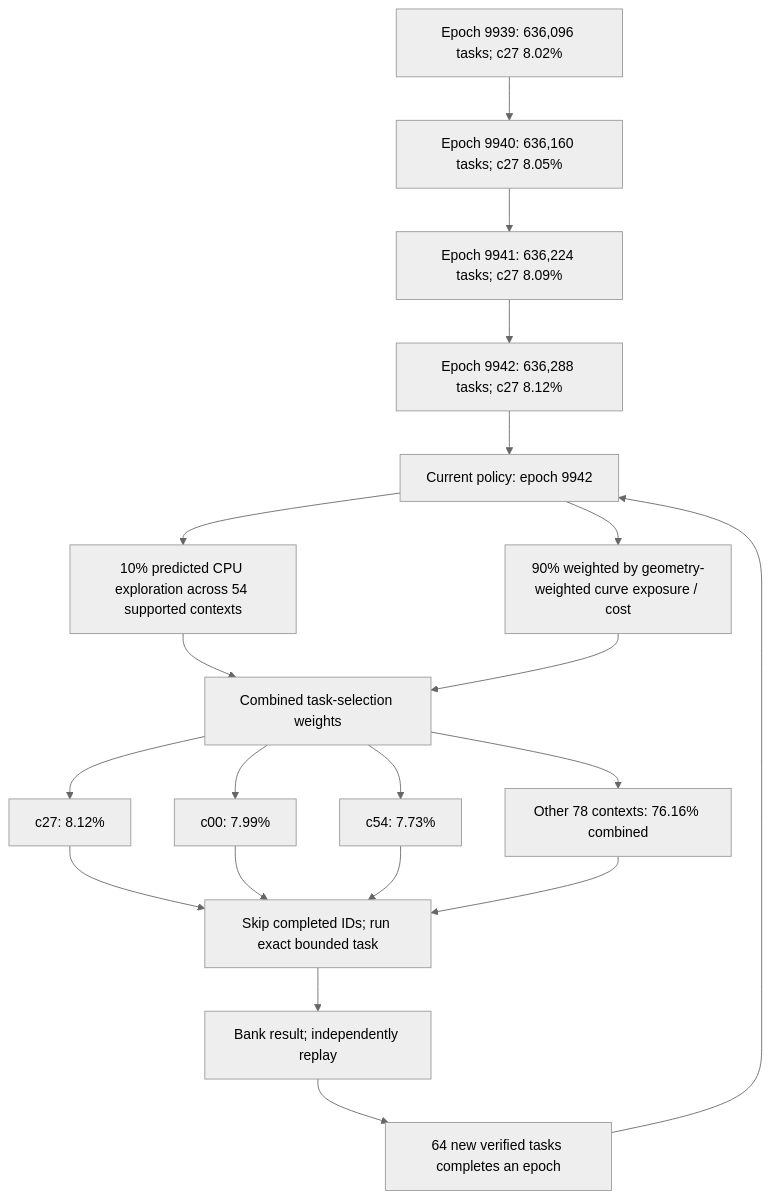
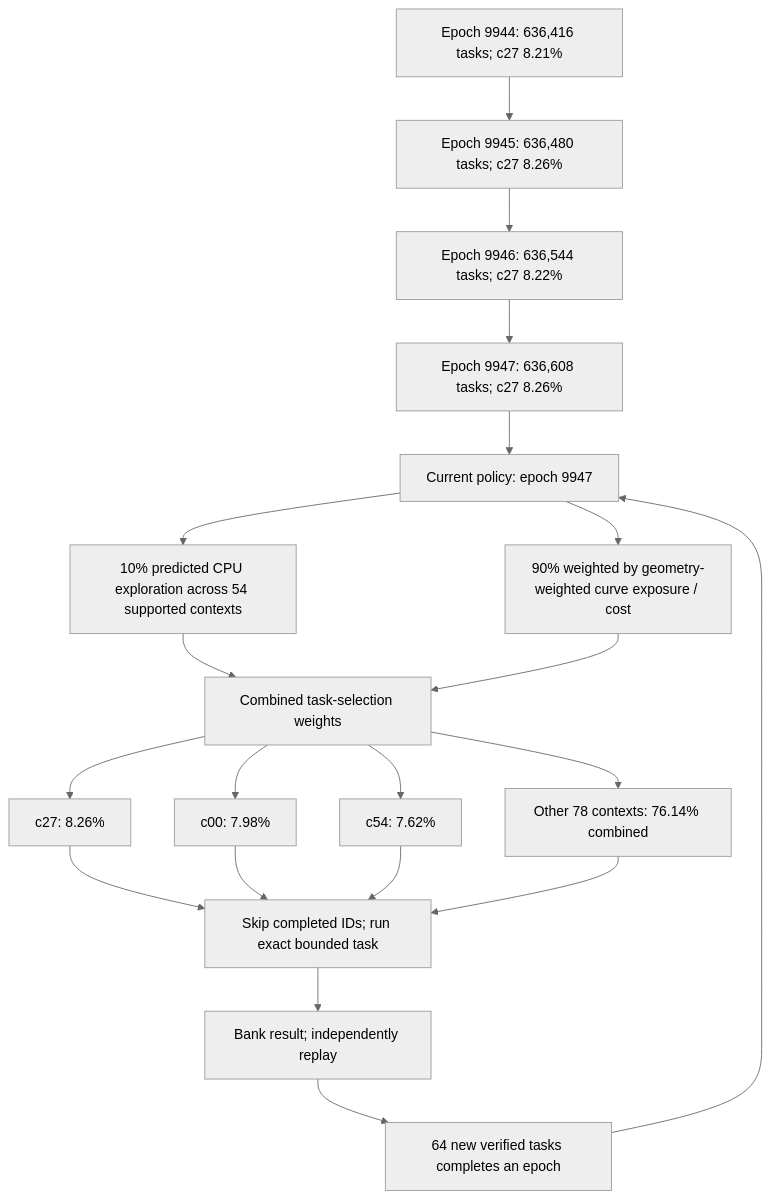
Before and after one commit to Kuberwastaken/math-gambling: the first of 4 diagrams in README.md, drawn with Mermaid (neutral theme). The commit also changed other lines of this file and 750 other files, not shown here.

````diff
--- a/README.md
+++ b/README.md
@@ -60,27 +60,27 @@
 ```mermaid
 flowchart TD
-    H0["Epoch 9939: 636,096 tasks; c27 8.02%"]
-    H1["Epoch 9940: 636,160 tasks; c27 8.05%"]
+    H0["Epoch 9944: 636,416 tasks; c27 8.21%"]
+    H1["Epoch 9945: 636,480 tasks; c27 8.26%"]
     H0 --> H1
-    H2["Epoch 9941: 636,224 tasks; c27 8.09%"]
+    H2["Epoch 9946: 636,544 tasks; c27 8.22%"]
     H1 --> H2
-    H3["Epoch 9942: 636,288 tasks; c27 8.12%"]
+    H3["Epoch 9947: 636,608 tasks; c27 8.26%"]
     H2 --> H3
-    Policy["Current policy: epoch 9942"]
+    Policy["Current policy: epoch 9947"]
     H3 --> Policy
     Policy --> Explore["10% predicted CPU exploration across 54 supported contexts"]
     Policy --> Cost["90% weighted by geometry-weighted curve exposure / cost"]
     Explore --> Mix["Combined task-selection weights"]
     Cost --> Mix
-    Mix --> C0["c27: 8.12%"]
-    Mix --> C1["c00: 7.99%"]
-    Mix --> C2["c54: 7.73%"]
-    Mix --> Rest["Other 78 contexts: 76.16% combined"]
+    Mix --> C0["c27: 8.26%"]
+    Mix --> C1["c00: 7.98%"]
+    Mix --> C2["c54: 7.62%"]
+    Mix --> Rest["Other 78 contexts: 76.14% combined"]
     C0 --> Check["Skip completed IDs; run exact bounded task"]
     C1 --> Check
     C2 --> Check
     Rest --> Check
     Check --> Replay["Bank result; independently replay"]
     Replay --> Gate["64 new verified tasks completes an epoch"]
     Gate --> Policy
 ```
````
